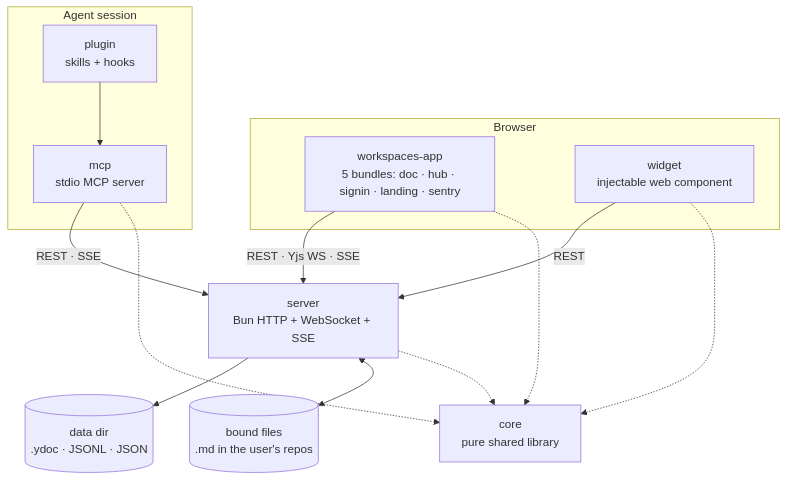
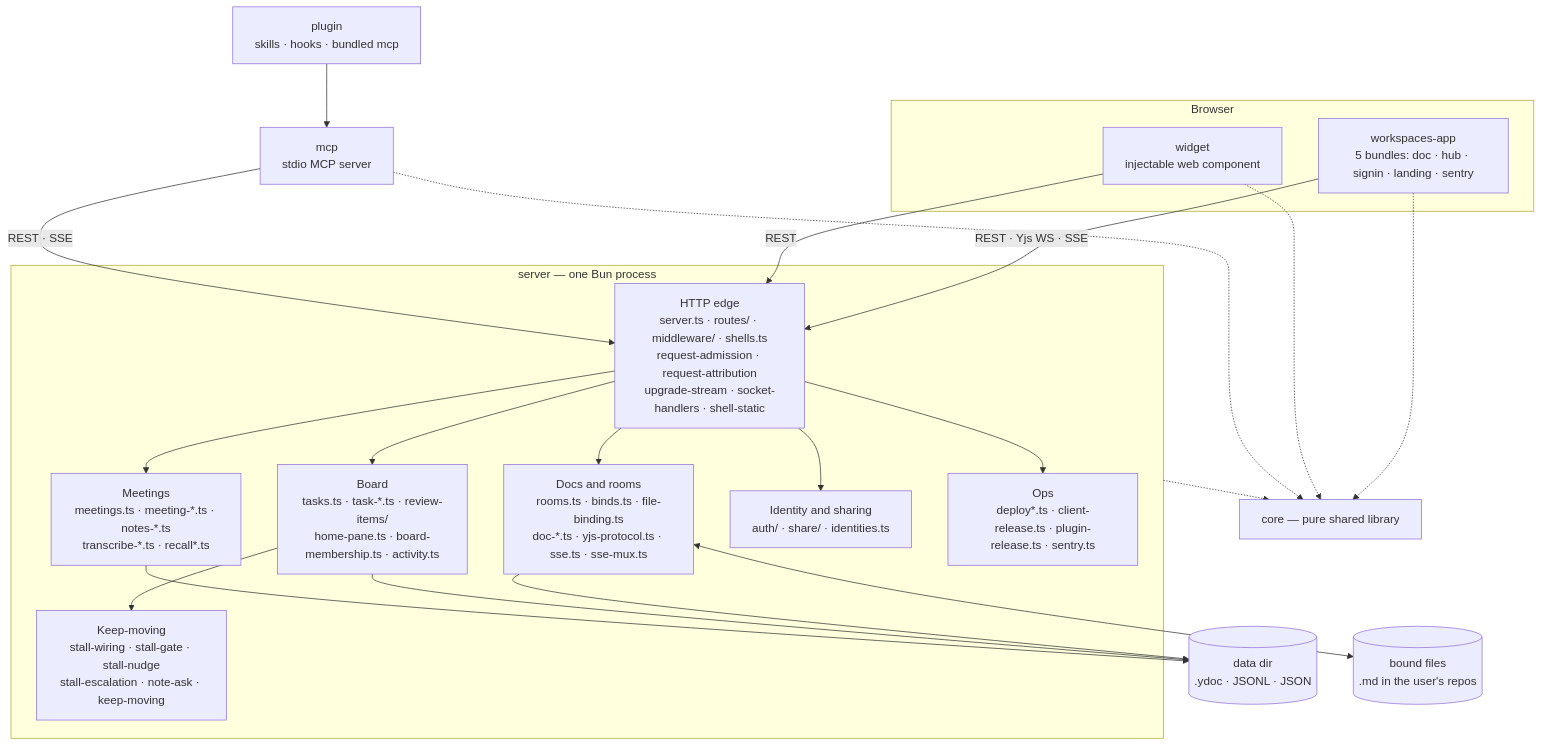
The first of 2 diagrams in docs/architecture/overview.md (fryanpan/claude-live-feedback-plugin), drawn with Mermaid before and after one commit. The commit also changed other lines of this file, not shown here.

First line of the commit message:
docs: redraw the architecture overview against the post-split server

````diff
--- a/docs/architecture/overview.md
+++ b/docs/architecture/overview.md
@@ -39,26 +11,32 @@
 ```mermaid
 flowchart TB
   subgraph browser[Browser]
     app["workspaces-app<br/>5 bundles: doc · hub · signin · landing · sentry"]
     wid["widget<br/>injectable web component"]
   end
-  subgraph agent[Agent session]
-    mcp["mcp<br/>stdio MCP server"]
-    plug["plugin<br/>skills + hooks"]
+  plug["plugin<br/>skills · hooks · bundled mcp"]
+  mcp["mcp<br/>stdio MCP server"]
+  subgraph srv["server — one Bun process"]
+    edge["HTTP edge<br/>server.ts · routes/ · middleware/ · shells.ts<br/>request-admission · request-attribution<br/>upgrade-stream · socket-handlers · shell-static"]
+    docs["Docs and rooms<br/>rooms.ts · binds.ts · file-binding.ts<br/>doc-*.ts · yjs-protocol.ts · sse.ts · sse-mux.ts"]
+    board["Board<br/>tasks.ts · task-*.ts · review-items/<br/>home-pane.ts · board-membership.ts · activity.ts"]
+    meet["Meetings<br/>meetings.ts · meeting-*.ts · notes-*.ts<br/>transcribe-*.ts · recall*.ts"]
+    keep["Keep-moving<br/>stall-wiring · stall-gate · stall-nudge<br/>stall-escalation · note-ask · keep-moving"]
+    ident["Identity and sharing<br/>auth/ · share/ · identities.ts"]
+    ops["Ops<br/>deploy*.ts · client-release.ts · plugin-release.ts · sentry.ts"]
   end
-  srv["server<br/>Bun HTTP + WebSocket + SSE"]
-  core["core<br/>pure shared library"]
+  core["core — pure shared library"]
   disk[("data dir<br/>.ydoc · JSONL · JSON")]
   files[("bound files<br/>.md in the user's repos")]
 
-  app -->|REST · Yjs WS · SSE| srv
-  wid -->|REST| srv
+  app -->|"REST · Yjs WS · SSE"| edge
+  wid -->|REST| edge
   plug --> mcp
-  mcp -->|REST · SSE| srv
-  srv --> disk
-  srv <--> files
-  app -.-> core
+  mcp -->|"REST · SSE"| edge
+  edge --> docs & board & meet & ident & ops
+  board --> keep
+  docs <--> files
+  docs & board & meet --> disk
+  app & wid & mcp -.-> core
   srv -.-> core
-  mcp -.-> core
-  wid -.-> core
 ```
````
